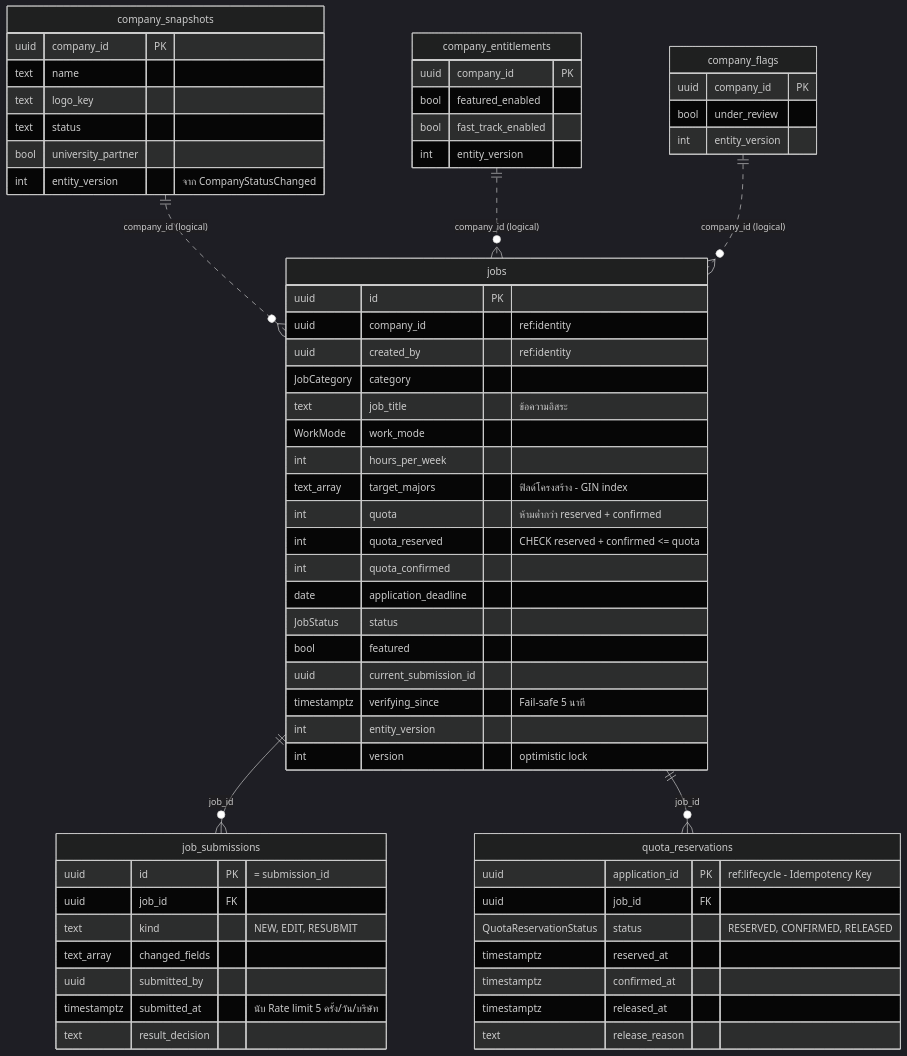
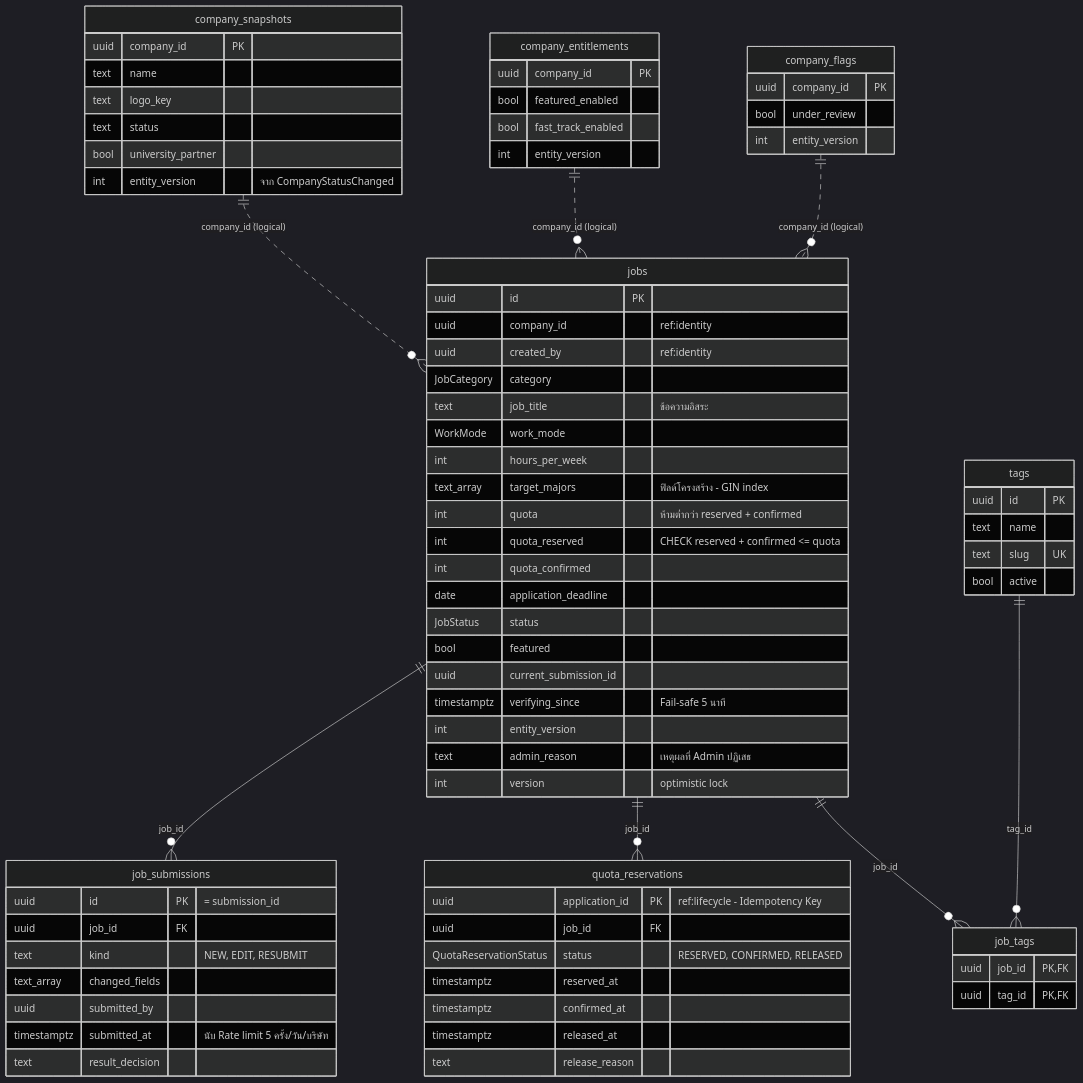
Diagram 15 of 18 in docs/diagram.md (InternPATHz/InternPATH), drawn with Mermaid (dark theme) before and after one commit. The commit also changed other lines of this file and 224 other files, not shown here.

````diff
--- a/docs/diagram.md
+++ b/docs/diagram.md
@@ -832,66 +806,79 @@
 ```mermaid
 erDiagram
     jobs ||--o{ job_submissions : "job_id"
     jobs ||--o{ quota_reservations : "job_id"
+    jobs ||--o{ job_tags : "job_id"
+    tags ||--o{ job_tags : "tag_id"
     company_snapshots ||..o{ jobs : "company_id (logical)"
     company_entitlements ||..o{ jobs : "company_id (logical)"
     company_flags ||..o{ jobs : "company_id (logical)"
 
     jobs {
         uuid id PK
         uuid company_id "ref:identity"
         uuid created_by "ref:identity"
         JobCategory category
         text job_title "ข้อความอิสระ"
         WorkMode work_mode
         int hours_per_week
         text_array target_majors "ฟิลด์โครงสร้าง - GIN index"
         int quota "ห้ามต่ำกว่า reserved + confirmed"
         int quota_reserved "CHECK reserved + confirmed <= quota"
         int quota_confirmed
         date application_deadline
         JobStatus status
         bool featured
         uuid current_submission_id
         timestamptz verifying_since "Fail-safe 5 นาที"
         int entity_version
+        text admin_reason "เหตุผลที่ Admin ปฏิเสธ"
         int version "optimistic lock"
+    }
+    tags {
+        uuid id PK
+        text name
+        text slug UK
+        bool active
+    }
+    job_tags {
+        uuid job_id PK, FK
+        uuid tag_id PK, FK
     }
     job_submissions {
         uuid id PK "= submission_id"
         uuid job_id FK
         text kind "NEW, EDIT, RESUBMIT"
         text_array changed_fields
         uuid submitted_by
         timestamptz submitted_at "นับ Rate limit 5 ครั้ง/วัน/บริษัท"
         text result_decision
     }
     quota_reservations {
         uuid application_id PK "ref:lifecycle - Idempotency Key"
         uuid job_id FK
         QuotaReservationStatus status "RESERVED, CONFIRMED, RELEASED"
         timestamptz reserved_at
         timestamptz confirmed_at
         timestamptz released_at
         text release_reason
     }
     company_snapshots {
         uuid company_id PK
         text name
         text logo_key
         text status
         bool university_partner
         int entity_version "จาก CompanyStatusChanged"
     }
     company_entitlements {
         uuid company_id PK
         bool featured_enabled
         bool fast_track_enabled
         int entity_version
     }
     company_flags {
         uuid company_id PK
         bool under_review
         int entity_version
     }
 ```
````
